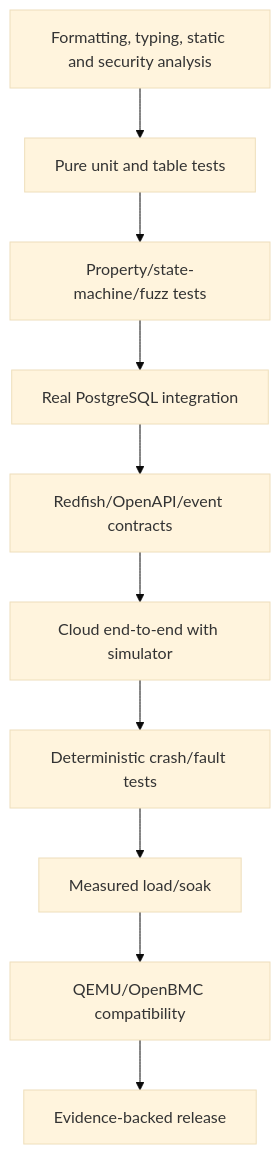
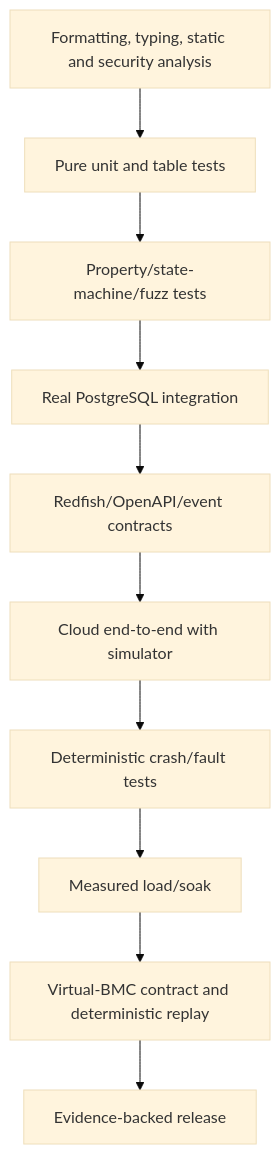
One commit to parth10-05/FleetForge changed the diagram in docs/implementation-plan/testing-strategy.md. Above: the diagram before and after it, drawn with Mermaid (base theme). The commit also changed other lines of this file and 47 other files, not shown here.

Commit message:
docs(architecture): adopt synthetic virtual BMC

````diff
--- a/docs/implementation-plan/testing-strategy.md
+++ b/docs/implementation-plan/testing-strategy.md
@@ -9,12 +9,12 @@
 ```mermaid
 flowchart TD
   Static[Formatting, typing, static and security analysis] --> Unit[Pure unit and table tests]
   Unit --> Property[Property/state-machine/fuzz tests]
   Property --> DB[Real PostgreSQL integration]
   DB --> Contract[Redfish/OpenAPI/event contracts]
   Contract --> E2E[Cloud end-to-end with simulator]
   E2E --> Fault[Deterministic crash/fault tests]
   Fault --> Load[Measured load/soak]
-  Load --> QEMU[QEMU/OpenBMC compatibility]
-  QEMU --> Release[Evidence-backed release]
+  Load --> Replay[Virtual-BMC contract and deterministic replay]
+  Replay --> Release[Evidence-backed release]
 ```
````
